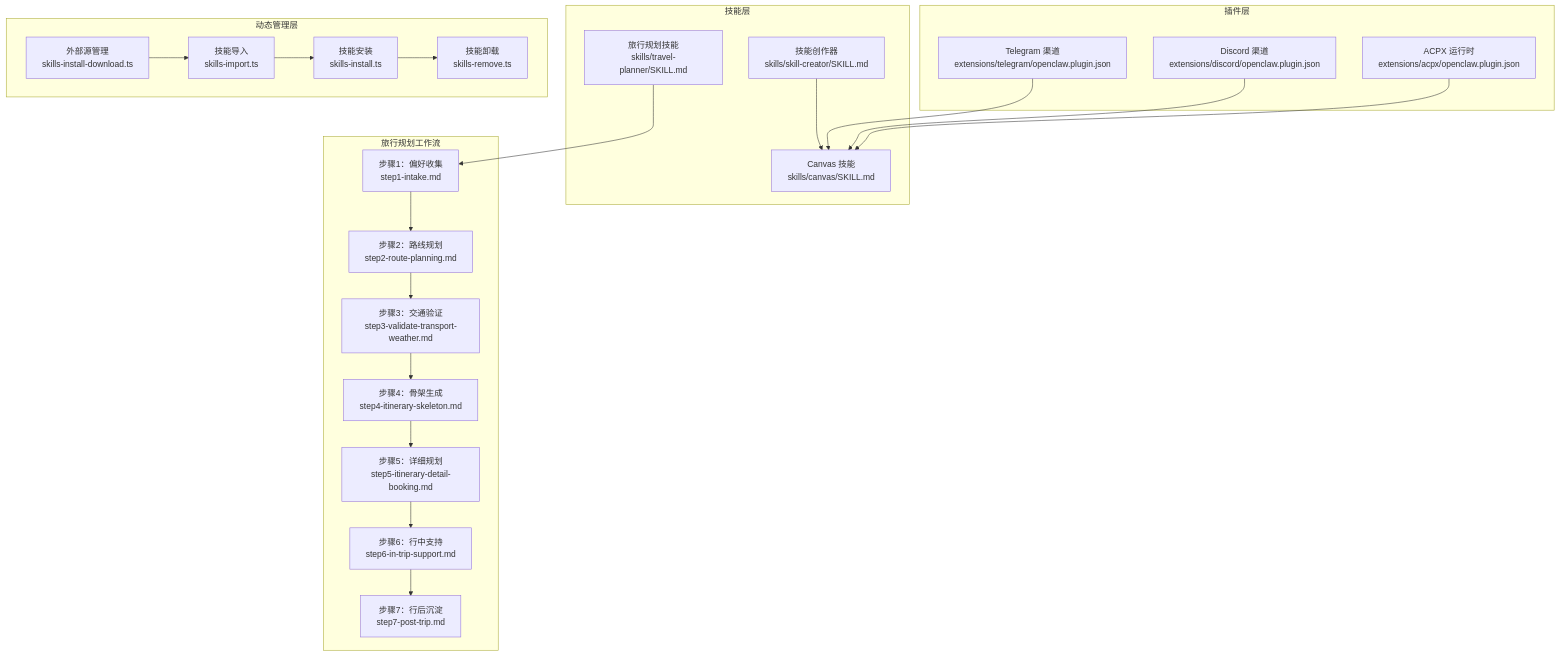
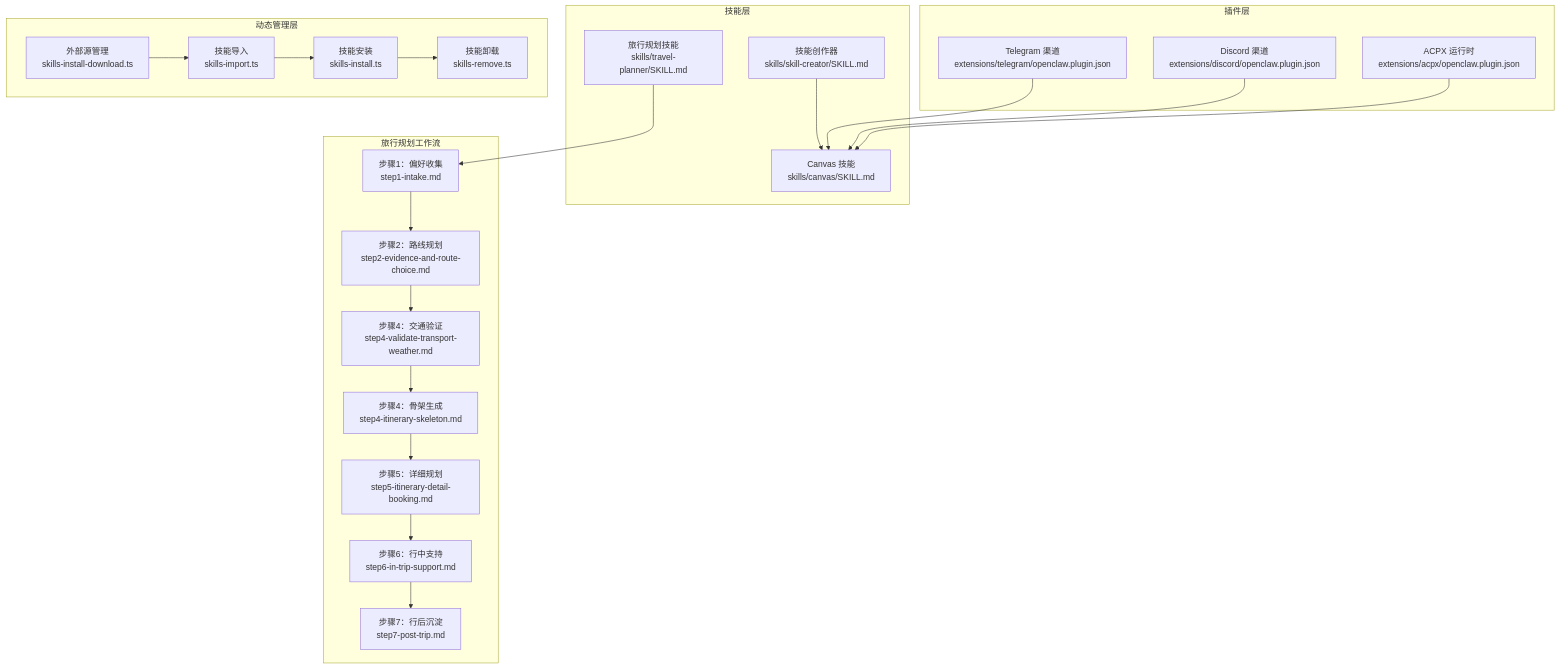
The second of 10 diagrams in .qoder/repowiki/zh/content/Web界面/技能平台/技能平台.md (verse-ai-org/openclaw), drawn with Mermaid before and after one commit. The commit also changed other lines of this file and 43 other files, not shown here.

````diff
--- a/.qoder/repowiki/zh/content/Web界面/技能平台/技能平台.md
+++ b/.qoder/repowiki/zh/content/Web界面/技能平台/技能平台.md
@@ -116,42 +116,42 @@
 ```mermaid
 graph TB
 subgraph "插件层"
 P1["ACPX 运行时<br/>extensions/acpx/openclaw.plugin.json"]
 P2["Discord 渠道<br/>extensions/discord/openclaw.plugin.json"]
 P3["Telegram 渠道<br/>extensions/telegram/openclaw.plugin.json"]
 end
 subgraph "技能层"
 S1["Canvas 技能<br/>skills/canvas/SKILL.md"]
 S2["技能创作器<br/>skills/skill-creator/SKILL.md"]
 S3["旅行规划技能<br/>skills/travel-planner/SKILL.md"]
 end
 subgraph "旅行规划工作流"
 W1["步骤1：偏好收集<br/>step1-intake.md"]
-W2["步骤2：路线规划<br/>step2-route-planning.md"]
-W3["步骤3：交通验证<br/>step3-validate-transport-weather.md"]
+W2["步骤2：路线规划<br/>step2-evidence-and-route-choice.md"]
+W3["步骤4：交通验证<br/>step4-validate-transport-weather.md"]
 W4["步骤4：骨架生成<br/>step4-itinerary-skeleton.md"]
 W5["步骤5：详细规划<br/>step5-itinerary-detail-booking.md"]
 W6["步骤6：行中支持<br/>step6-in-trip-support.md"]
 W7["步骤7：行后沉淀<br/>step7-post-trip.md"]
 end
 subgraph "动态管理层"
 M1["技能导入<br/>skills-import.ts"]
 M2["技能安装<br/>skills-install.ts"]
 M3["技能卸载<br/>skills-remove.ts"]
 M4["外部源管理<br/>skills-install-download.ts"]
 end
 P1 --> S1
 P2 --> S1
 P3 --> S1
 S2 --> S1
 S3 --> W1
 W1 --> W2
 W2 --> W3
 W3 --> W4
 W4 --> W5
 W5 --> W6
 W6 --> W7
 M1 --> M2
 M2 --> M3
 M4 --> M1
 ```
````
